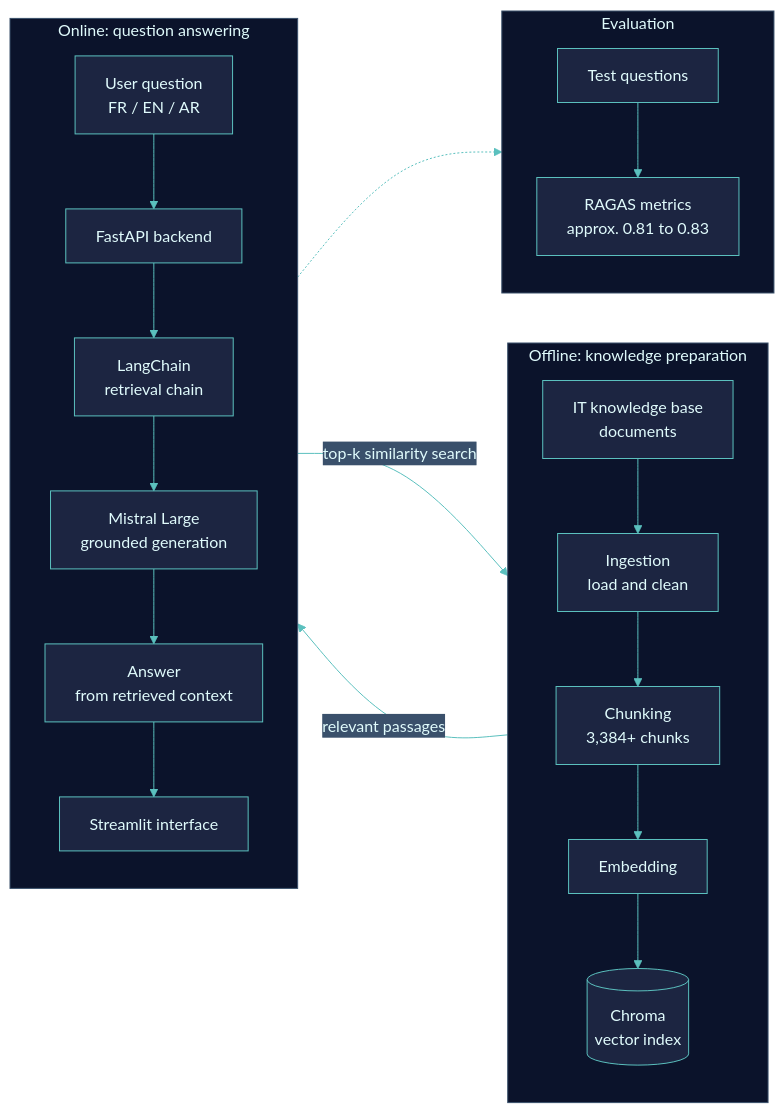
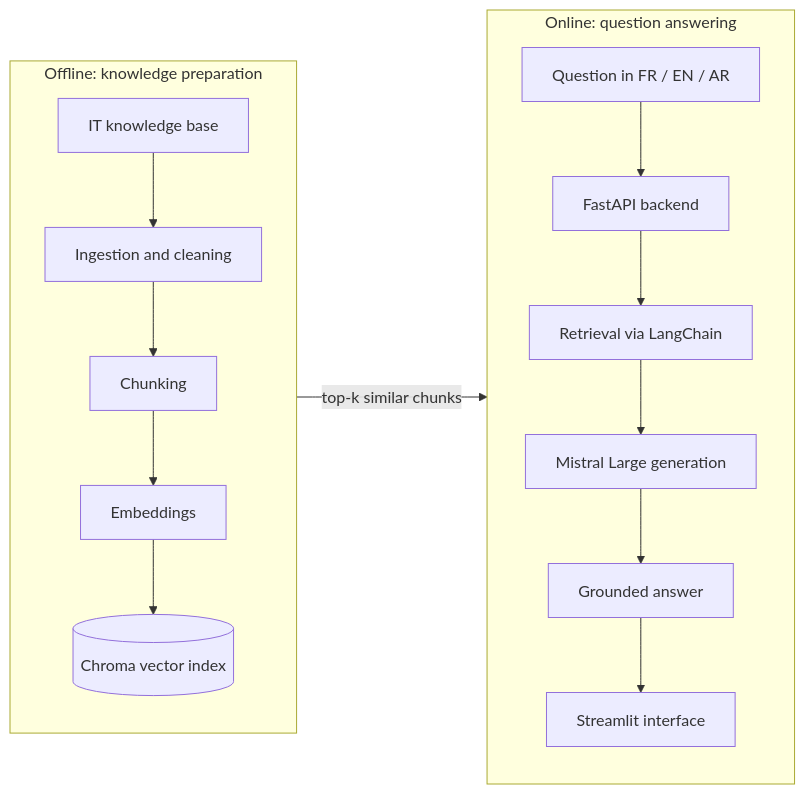
One commit to NezhaIdrissi/NezhaIdrissi- changed the first of 3 diagrams in README.md. Above: the diagram before and after it, drawn with Mermaid. The commit also changed other lines of this file, not shown here.

````diff
--- a/README.md
+++ b/README.md
@@ -43,33 +58,21 @@
 ```mermaid
-%%{init: {'theme':'base','themeVariables':{'primaryColor':'#1c2541','primaryTextColor':'#e0fbfc','primaryBorderColor':'#5bc0be','lineColor':'#5bc0be','secondaryColor':'#3a506b','tertiaryColor':'#0b132b','fontFamily':'monospace'}}}%%
 flowchart LR
     subgraph OFFLINE["Offline: knowledge preparation"]
         direction TB
-        A["IT knowledge base<br/>documents"] --> B["Ingestion<br/>load and clean"]
-        B --> C["Chunking<br/>3,384+ chunks"]
-        C --> D["Embedding"]
-        D --> E[("Chroma<br/>vector index")]
+        A["IT knowledge base"] --> B["Ingestion and cleaning"]
+        B --> C["Chunking"]
+        C --> D["Embeddings"]
+        D --> E[("Chroma vector index")]
     end
 
     subgraph ONLINE["Online: question answering"]
         direction TB
-        F["User question<br/>FR / EN / AR"] --> G["FastAPI backend"]
-        G --> H["LangChain<br/>retrieval chain"]
-        H -->|"top-k similarity search"| E
-        E -->|"relevant passages"| H
-        H --> I["Mistral Large<br/>grounded generation"]
-        I --> J["Answer<br/>from retrieved context"]
+        F["Question in FR / EN / AR"] --> G["FastAPI backend"]
+        G --> H["Retrieval via LangChain"]
+        H --> I["Mistral Large generation"]
+        I --> J["Grounded answer"]
         J --> K["Streamlit interface"]
     end
 
-    subgraph EVAL["Evaluation"]
-        direction TB
-        L["Test questions"] --> M["RAGAS metrics<br/>approx. 0.81 to 0.83"]
-    end
-
-    J -.-> M
-
-    style OFFLINE fill:#0b132b,stroke:#3a506b,color:#e0fbfc
-    style ONLINE fill:#0b132b,stroke:#3a506b,color:#e0fbfc
-    style EVAL fill:#0b132b,stroke:#3a506b,color:#e0fbfc
+    E -->|"top-k similar chunks"| H
 ```
````
